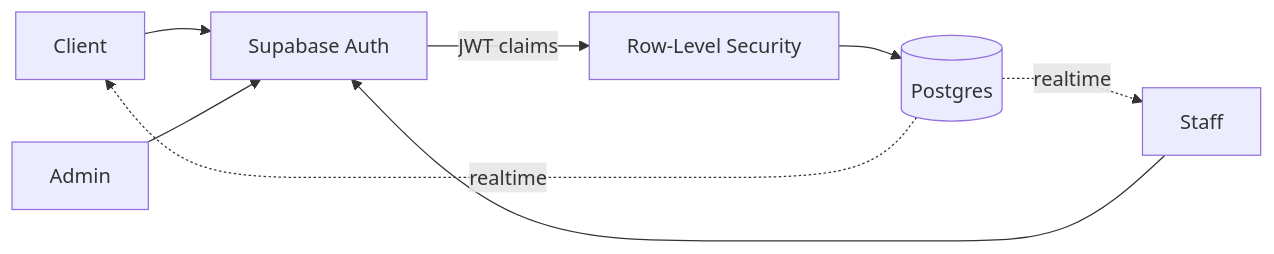
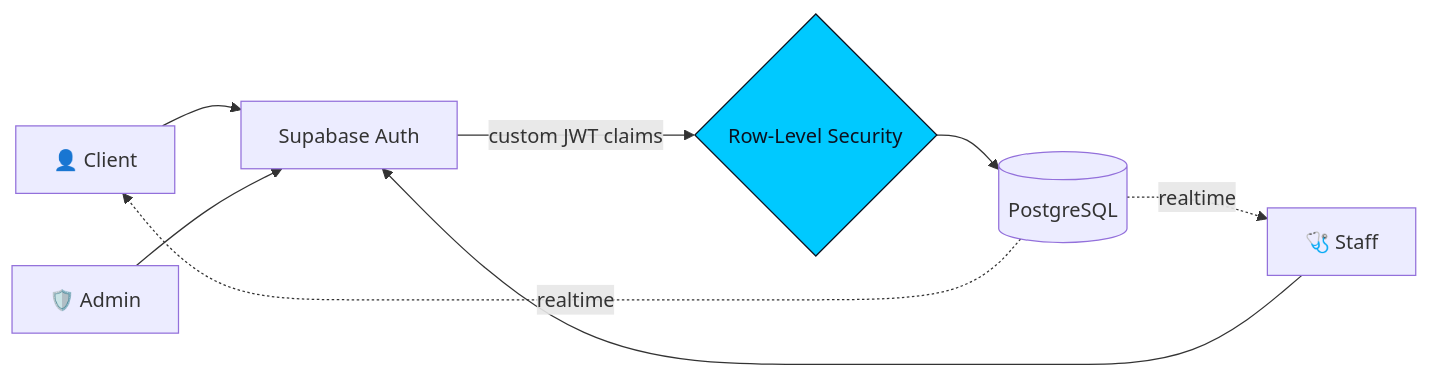
One commit to Awais-Chandio/Awais-Chandio changed the second of 5 diagrams in README.md. Above: the diagram before and after it, drawn with Mermaid. The commit also changed other lines of this file, not shown here.

````diff
--- a/README.md
+++ b/README.md
@@ -51,7 +167,12 @@
 ```mermaid
 flowchart LR
-    C[Client] & S[Staff] & A[Admin] --> AU[Supabase Auth]
-    AU -->|JWT claims| R[Row-Level Security]
-    R --> DB[(Postgres)]
-    DB -. realtime .-> C & S
+    C[👤 Client] --> AU
+    S[🩺 Staff] --> AU
+    A[🛡️ Admin] --> AU
+    AU[Supabase Auth] -->|custom JWT claims| R{Row-Level Security}
+    R --> DB[(PostgreSQL)]
+    DB -. realtime .-> C
+    DB -. realtime .-> S
+    classDef hl fill:#00C9FF,stroke:#0B1220,color:#0B1220
+    class R hl
 ```
````
